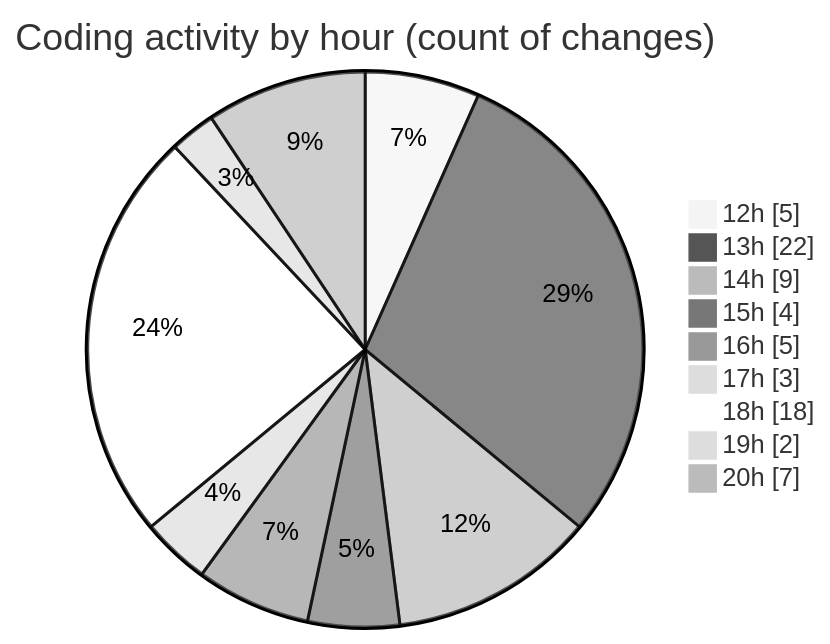
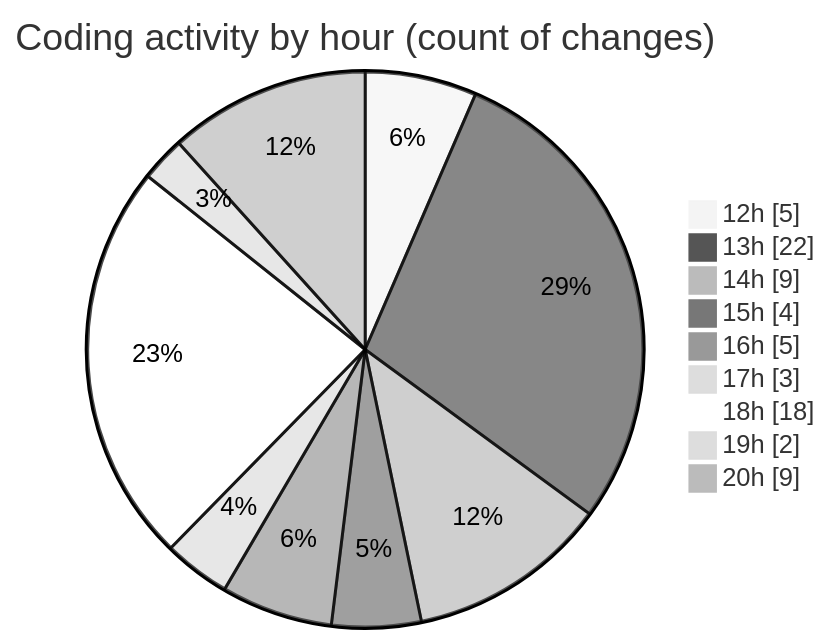
Before and after one commit to MatusMokan/code-tracking: the second of 2 diagrams in 2025-04-19/myws__workspace_/README.md, drawn with Mermaid (neutral theme). The commit also changed other lines of this file and 1 other file, not shown here.

````diff
--- a/2025-04-19/myws__workspace_/README.md
+++ b/2025-04-19/myws__workspace_/README.md
@@ -32,13 +32,13 @@
 ```mermaid
 pie showData
 title Coding activity by hour (count of changes)
 "12h" : 5
 "13h" : 22
 "14h" : 9
 "15h" : 4
 "16h" : 5
 "17h" : 3
 "18h" : 18
 "19h" : 2
-"20h" : 7
+"20h" : 9
 ```
````
